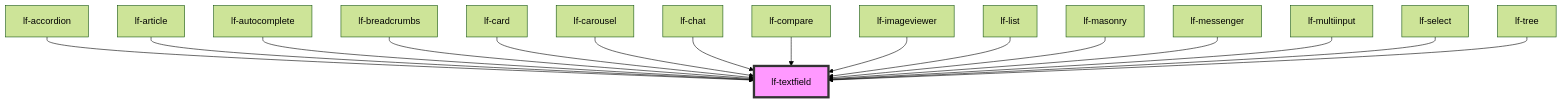
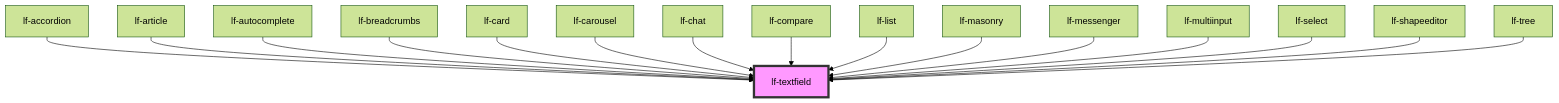
One commit to lucafoscili/lf-widgets changed the diagram in packages/core/src/components/lf-textfield/readme.md. Above: the diagram before and after it, drawn with Mermaid (forest theme). The commit also changed other lines of this file and 27 other files, not shown here.

````diff
--- a/packages/core/src/components/lf-textfield/readme.md
+++ b/packages/core/src/components/lf-textfield/readme.md
@@ -191,19 +191,19 @@
 ```mermaid
 graph TD;
   lf-accordion --> lf-textfield
   lf-article --> lf-textfield
   lf-autocomplete --> lf-textfield
   lf-breadcrumbs --> lf-textfield
   lf-card --> lf-textfield
   lf-carousel --> lf-textfield
   lf-chat --> lf-textfield
   lf-compare --> lf-textfield
-  lf-imageviewer --> lf-textfield
   lf-list --> lf-textfield
   lf-masonry --> lf-textfield
   lf-messenger --> lf-textfield
   lf-multiinput --> lf-textfield
   lf-select --> lf-textfield
+  lf-shapeeditor --> lf-textfield
   lf-tree --> lf-textfield
   style lf-textfield fill:#f9f,stroke:#333,stroke-width:4px
 ```
````
